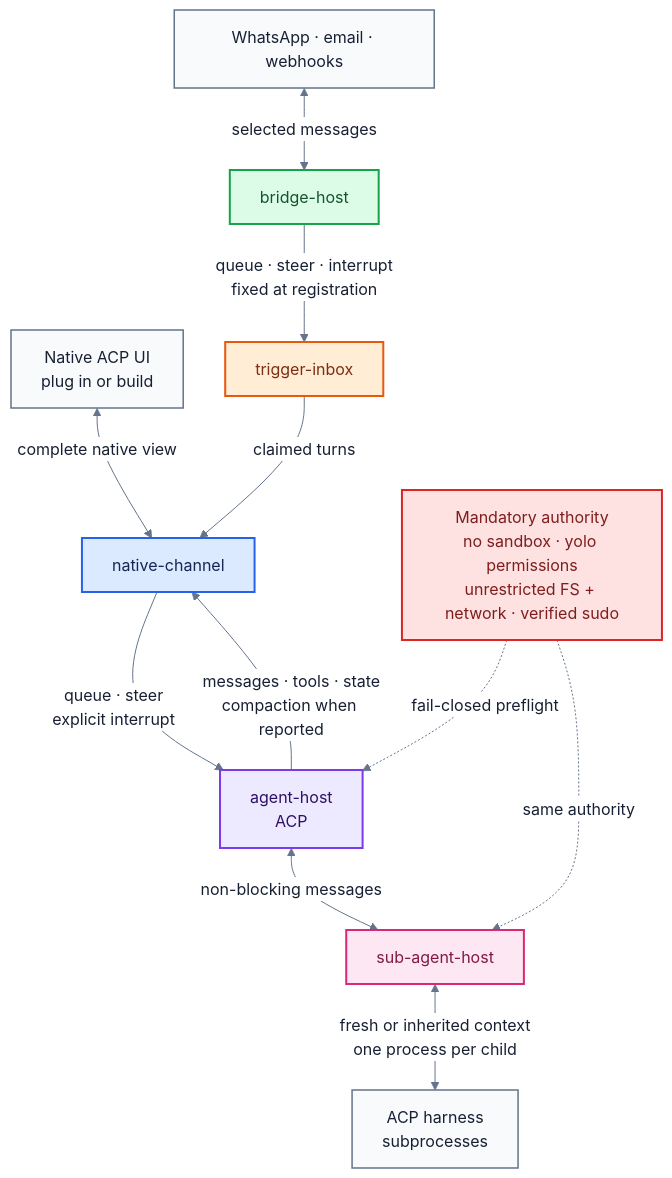
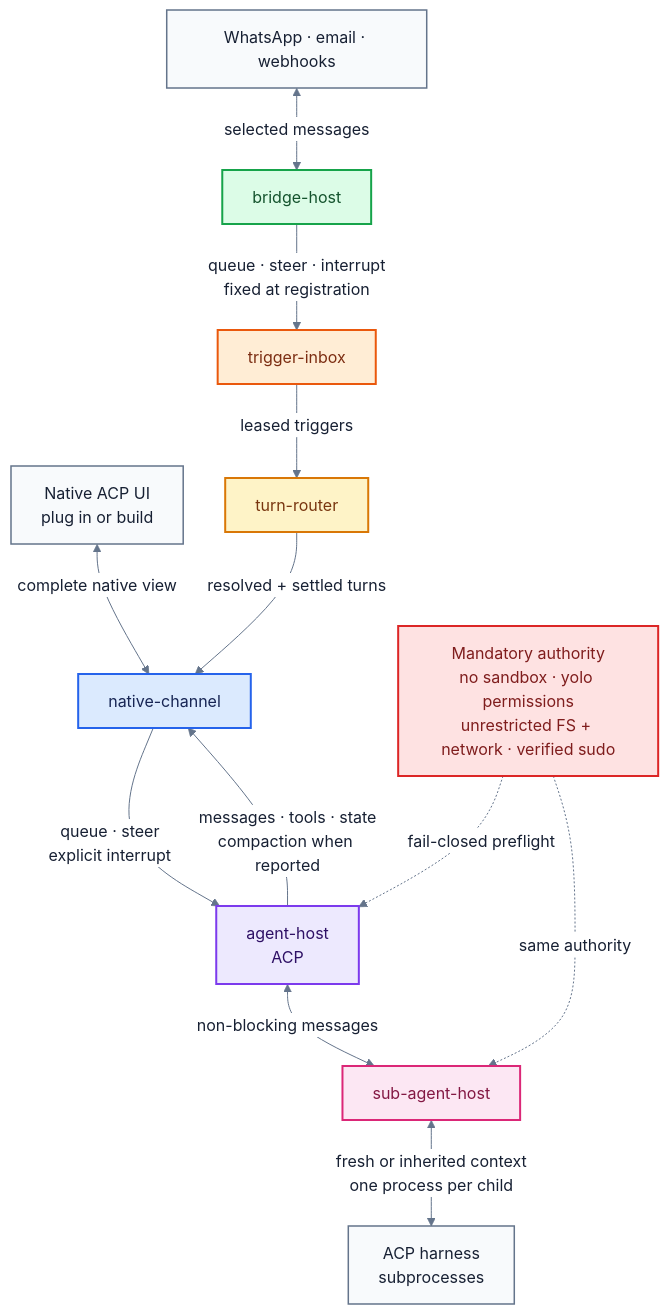
Before and after one commit to fontanierh/crab: the diagram in v2/docs/crab-v2-architecture.mmd, drawn with Mermaid. The commit also changed 20 other files, not shown here.

Commit message:
Add durable Crab v2 turn router (#194)

```diff
--- a/v2/docs/crab-v2-architecture.mmd
+++ b/v2/docs/crab-v2-architecture.mmd
@@ -1,42 +1,46 @@
 %%{init: {"theme": "base", "themeVariables": {"fontFamily": "ui-sans-serif, system-ui, sans-serif", "primaryTextColor": "#172033", "lineColor": "#64748b", "clusterBkg": "#f8fafc", "clusterBorder": "#cbd5e1", "edgeLabelBackground": "#ffffff"}, "flowchart": {"curve": "basis", "nodeSpacing": 42, "rankSpacing": 58}}}%%
 flowchart TB
     UI["Native ACP UI<br/>plug in or build"]
     EXTERNAL["WhatsApp · email · webhooks"]
 
     BRIDGE["bridge-host"]
     TRIGGER["trigger-inbox"]
+    ROUTER["turn-router"]
     CHANNEL["native-channel"]
     AGENT["agent-host<br/>ACP"]
     SUBAGENT["sub-agent-host"]
 
     CHILDREN["ACP harness<br/>subprocesses"]
     AUTH["Mandatory authority<br/>no sandbox · yolo permissions<br/>unrestricted FS + network · verified sudo"]
 
     UI <-->|"complete native view"| CHANNEL
     CHANNEL -->|"queue · steer<br/>explicit interrupt"| AGENT
     AGENT -->|"messages · tools · state<br/>compaction when reported"| CHANNEL
 
     AGENT <-->|"non-blocking messages"| SUBAGENT
     SUBAGENT <-->|"fresh or inherited context<br/>one process per child"| CHILDREN
 
     EXTERNAL <-->|"selected messages"| BRIDGE
     BRIDGE -->|"queue · steer · interrupt<br/>fixed at registration"| TRIGGER
-    TRIGGER -->|"claimed turns"| CHANNEL
+    TRIGGER -->|"leased triggers"| ROUTER
+    ROUTER -->|"resolved + settled turns"| CHANNEL
     AUTH -. "fail-closed preflight" .-> AGENT
     AUTH -. "same authority" .-> SUBAGENT
 
     classDef agent fill:#ede9fe,stroke:#7c3aed,stroke-width:2px,color:#2e1065;
     classDef channel fill:#dbeafe,stroke:#2563eb,stroke-width:2px,color:#172554;
     classDef bridge fill:#dcfce7,stroke:#16a34a,stroke-width:2px,color:#14532d;
     classDef trigger fill:#ffedd5,stroke:#ea580c,stroke-width:2px,color:#7c2d12;
+    classDef router fill:#fef3c7,stroke:#d97706,stroke-width:2px,color:#78350f;
     classDef subagent fill:#fce7f3,stroke:#db2777,stroke-width:2px,color:#831843;
     classDef external fill:#f8fafc,stroke:#64748b,stroke-width:1.5px,color:#172033;
     classDef authority fill:#fee2e2,stroke:#dc2626,stroke-width:2px,color:#7f1d1d;
 
     class AGENT agent;
     class SUBAGENT subagent;
     class CHANNEL channel;
     class BRIDGE bridge;
     class TRIGGER trigger;
+    class ROUTER router;
     class UI,EXTERNAL,CHILDREN external;
     class AUTH authority;
```
